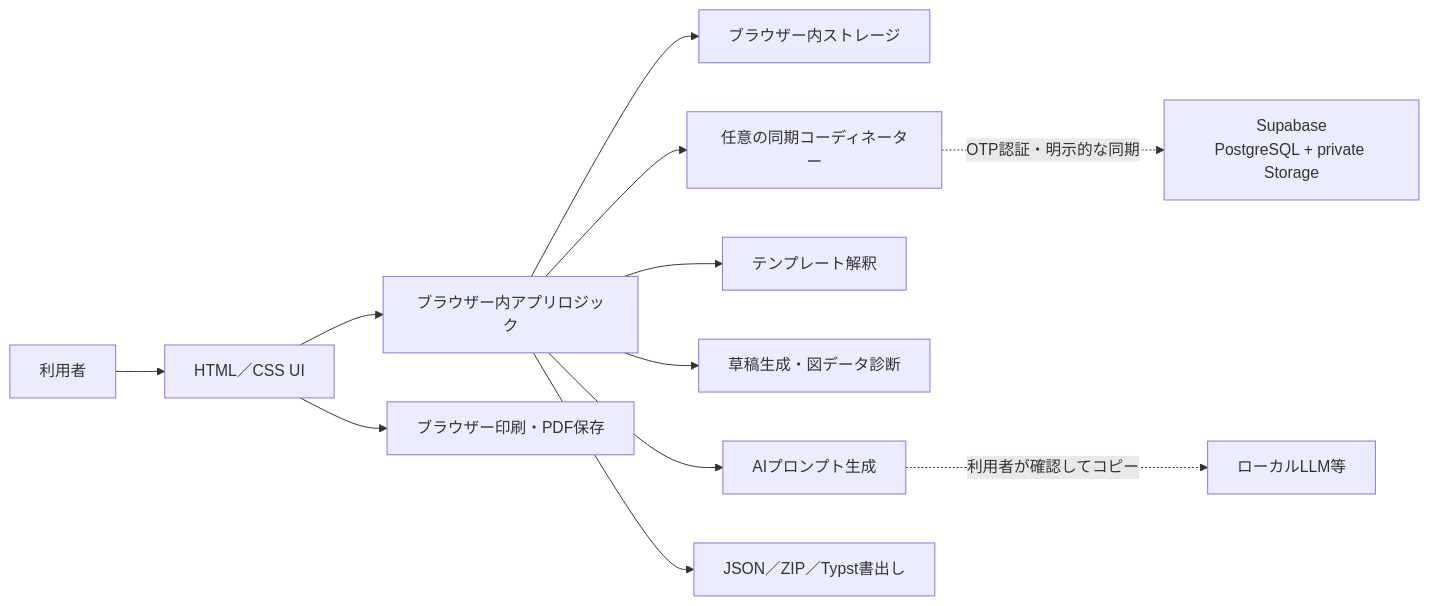
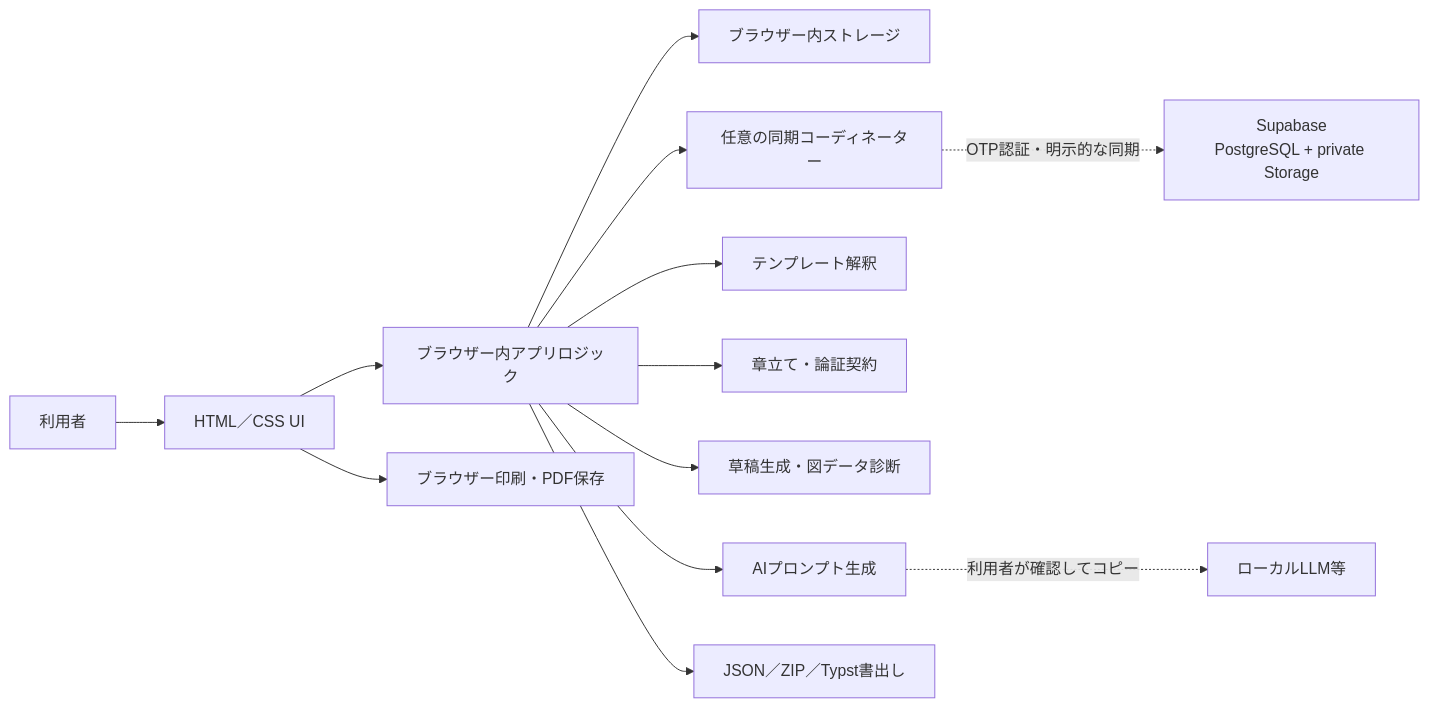
One commit to yuya-0411/paper_tools changed the diagram in docs/architecture.md. Above: the diagram before and after it, drawn with Mermaid. The commit also changed other lines of this file and 16 other files, not shown here.

````diff
--- a/docs/architecture.md
+++ b/docs/architecture.md
@@ -19,14 +20,15 @@
 ```mermaid
 flowchart LR
     U["利用者"] --> UI["HTML／CSS UI"]
     UI --> A["ブラウザー内アプリロジック"]
     A --> S["ブラウザー内ストレージ"]
     A --> C["任意の同期コーディネーター"]
     C -. "OTP認証・明示的な同期" .-> D["Supabase<br/>PostgreSQL + private Storage"]
     A --> T["テンプレート解釈"]
+    A --> O["章立て・論証契約"]
     A --> R["草稿生成・図データ診断"]
     A --> L["AIプロンプト生成"]
     A --> E["JSON／ZIP／Typst書出し"]
     UI --> P["ブラウザー印刷・PDF保存"]
     L -. "利用者が確認してコピー" .-> X["ローカルLLM等"]
 ```
````
